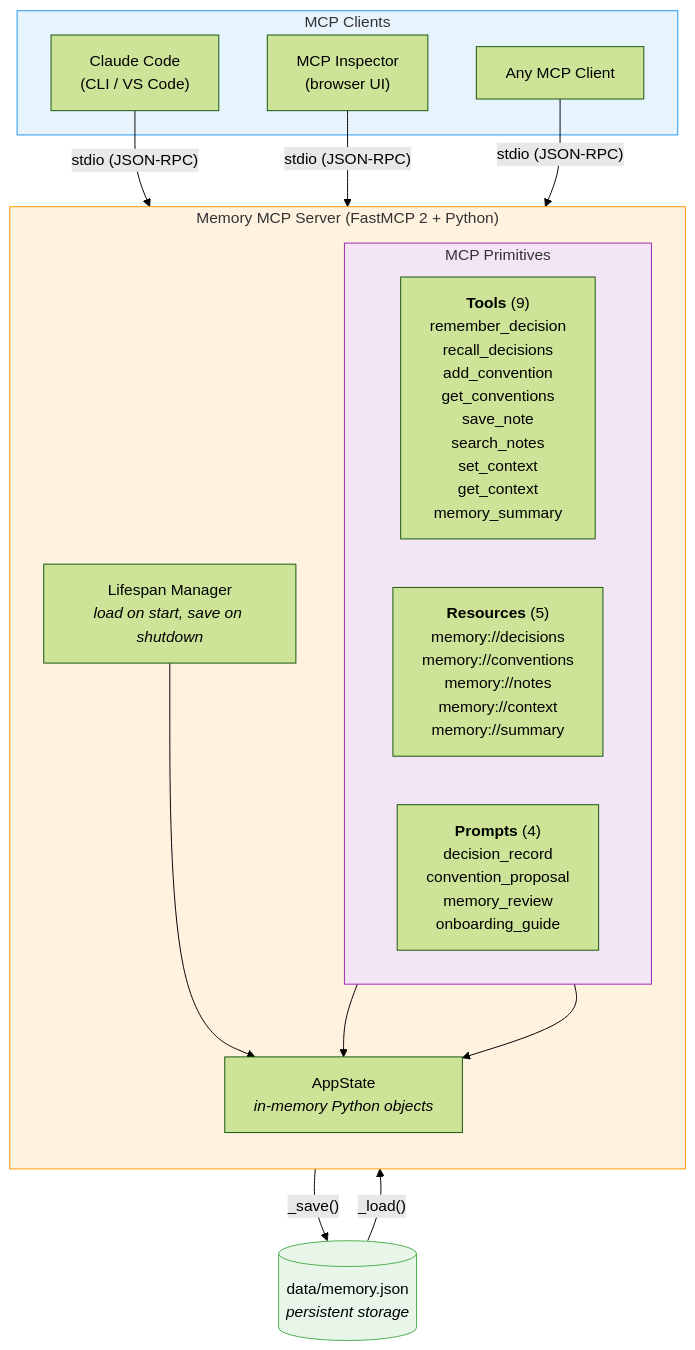
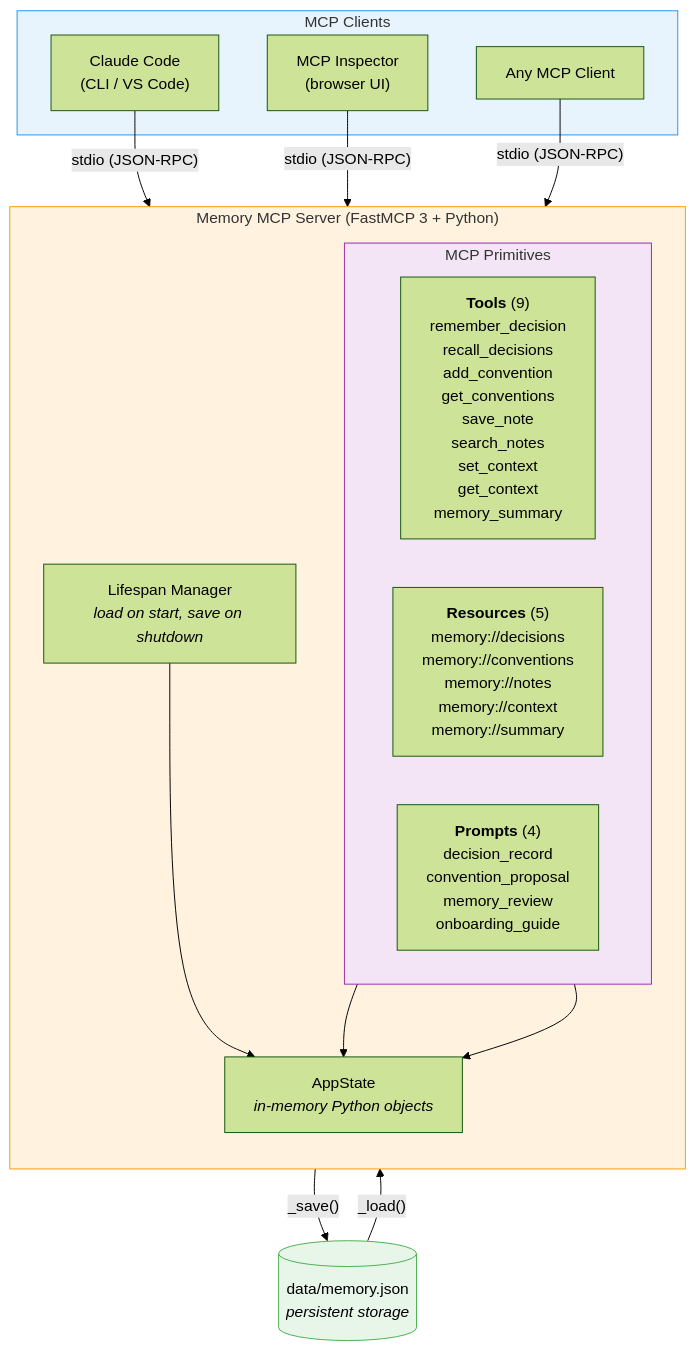
One commit to timothywarner-org/claude-code changed the first of 5 diagrams in segment_2_mcp/memory_server/README.md. Above: the diagram before and after it, drawn with Mermaid (forest theme). The commit also changed other lines of this file and 43 other files, not shown here.

````diff
--- a/segment_2_mcp/memory_server/README.md
+++ b/segment_2_mcp/memory_server/README.md
@@ -12,39 +12,39 @@
 ```mermaid
 flowchart TB
     subgraph Clients["MCP Clients"]
         CC["Claude Code<br/>(CLI / VS Code)"]
         INS["MCP Inspector<br/>(browser UI)"]
         ANY["Any MCP Client"]
     end
 
-    subgraph Server["Memory MCP Server  (FastMCP 2 + Python)"]
+    subgraph Server["Memory MCP Server  (FastMCP 3 + Python)"]
         direction TB
         LIFE["Lifespan Manager<br/><i>load on start, save on shutdown</i>"]
 
         subgraph Primitives["MCP Primitives"]
             direction LR
             TOOLS["<b>Tools</b> (9)<br/>remember_decision<br/>recall_decisions<br/>add_convention<br/>get_conventions<br/>save_note<br/>search_notes<br/>set_context<br/>get_context<br/>memory_summary"]
             RES["<b>Resources</b> (5)<br/>memory://decisions<br/>memory://conventions<br/>memory://notes<br/>memory://context<br/>memory://summary"]
             PROMPTS["<b>Prompts</b> (4)<br/>decision_record<br/>convention_proposal<br/>memory_review<br/>onboarding_guide"]
         end
 
         STATE["AppState<br/><i>in-memory Python objects</i>"]
     end
 
     DISK[("data/memory.json<br/><i>persistent storage</i>")]
 
     CC -- "stdio (JSON-RPC)" --> Server
     INS -- "stdio (JSON-RPC)" --> Server
     ANY -- "stdio (JSON-RPC)" --> Server
 
     LIFE --> STATE
     TOOLS --> STATE
     RES --> STATE
     STATE -- "_save()" --> DISK
     DISK -- "_load()" --> STATE
 
     style Clients fill:#e8f4fd,stroke:#2196F3
     style Server fill:#fff3e0,stroke:#FF9800
     style Primitives fill:#f3e5f5,stroke:#9C27B0
     style DISK fill:#e8f5e9,stroke:#4CAF50
 ```
````
